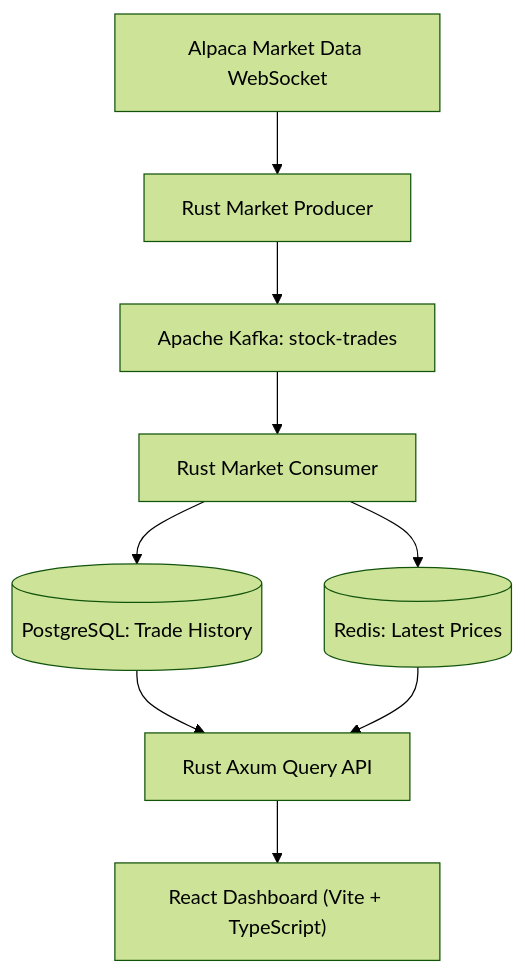
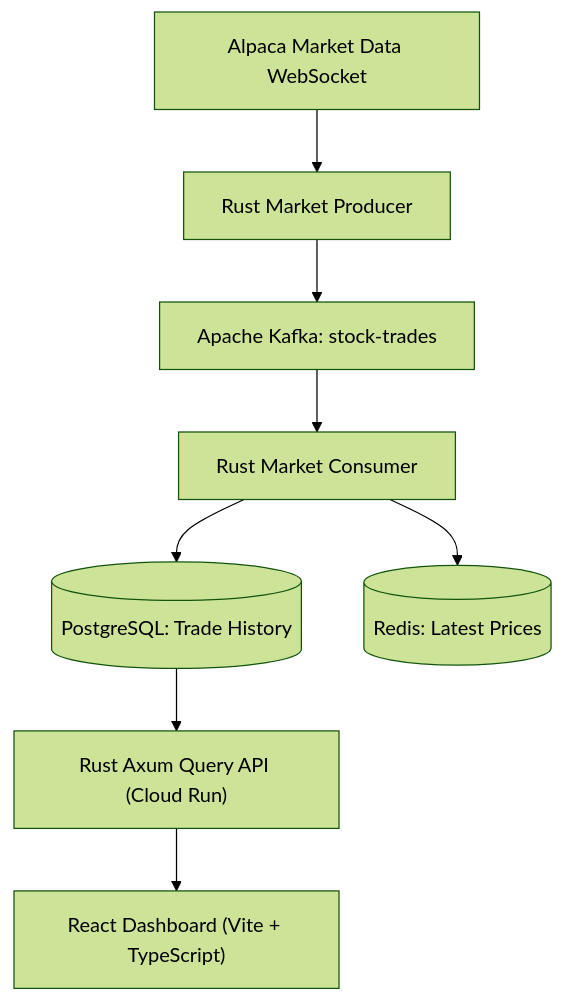
The first of 3 diagrams in README.md (tpcleary19/market-pipeline-dashboard), drawn with Mermaid (forest theme) before and after one commit. The commit also changed other lines of this file and 3 other files, not shown here.

````diff
--- a/README.md
+++ b/README.md
@@ -7,14 +17,13 @@
 ```mermaid
 flowchart TD
     A["Alpaca Market Data WebSocket"] --> B["Rust Market Producer"]
     B --> C["Apache Kafka: stock-trades"]
     C --> D["Rust Market Consumer"]
 
     D --> E[("PostgreSQL: Trade History")]
     D --> F[("Redis: Latest Prices")]
 
-    E --> G["Rust Axum Query API"]
-    F --> G
+    E --> G["Rust Axum Query API (Cloud Run)"]
 
     G --> H["React Dashboard (Vite + TypeScript)"]
 ```
````
